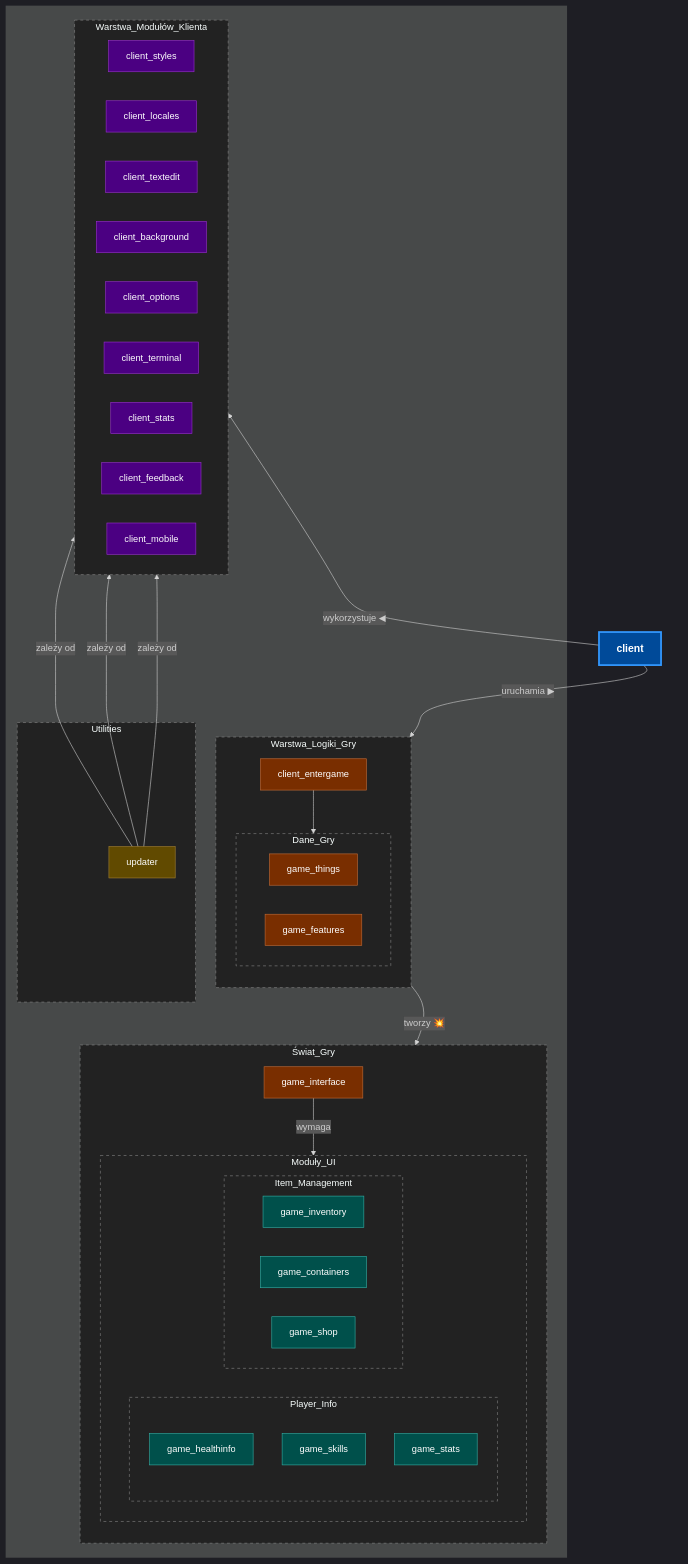
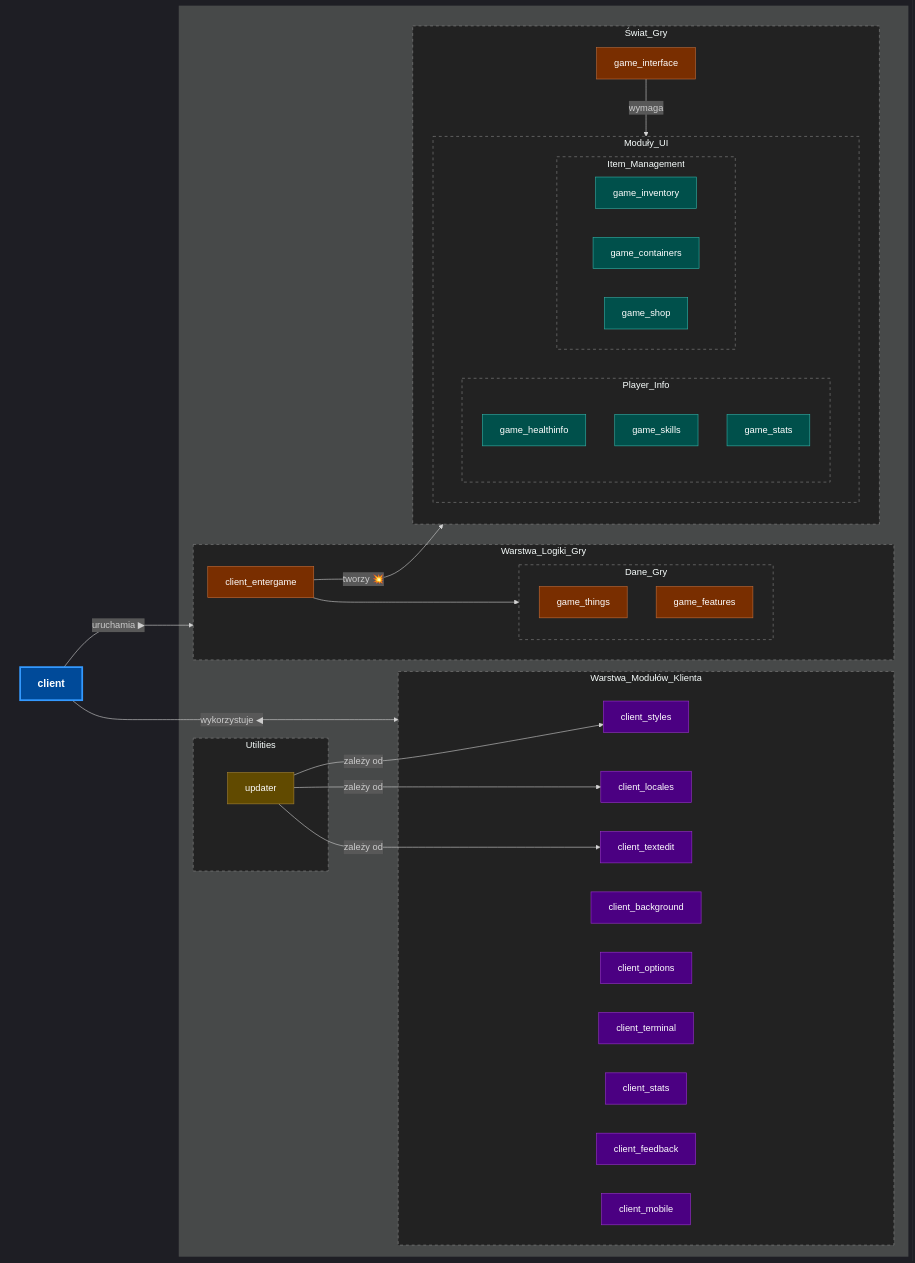
One commit to lukaszj321/otcv8-dev changed the diagram in docs/copilot/diagrams/modules_load_graph.mmd. Above: the diagram before and after it, drawn with Mermaid.

Commit message:
Change graph direction from TD to LR

```diff
--- a/docs/copilot/diagrams/modules_load_graph.mmd
+++ b/docs/copilot/diagrams/modules_load_graph.mmd
@@ -1,88 +1,87 @@
 %%{init: {"theme":"dark"}}%%
-graph TD
+graph LR
     %% ===================================================================
     %% DEFINICJE STYLÓW - HIERARCHIA WIZUALNA
     %% ===================================================================
     classDef sun fill:#004a99,color:#fff,stroke:#3399ff,stroke-width:3px,font-weight:bold,font-size:18px;
     classDef planet fill:#222,stroke:#888,stroke-dasharray: 5 5;
     classDef client_module fill:#4B0082,color:#fff,stroke:#9932CC;
     classDef game_logic fill:#792e00,color:#fff,stroke:#c26d39;
     classDef game_ui fill:#00504b,color:#fff,stroke:#33b3a9;
     classDef utility fill:#614a00,color:#fff,stroke:#a68333;
     classDef invisible stroke-width:0px,color:#1a1a1a;
 
     %% ===================================================================
     %% SŁOŃCE - CENTRALNY PUNKT ARCHITEKTURY
     %% ===================================================================
     subgraph central_node [ ]
       client;
     end
     style central_node fill:none,stroke:none
 
     %% ===================================================================
     %% PLANETY - GŁÓWNE STREFY ODPOWIEDZIALNOŚCI
     %% ===================================================================
     
     subgraph Warstwa_Modułów_Klienta
-        direction LR
+        %% BRAK 'direction'. Układ poziomy jest domyślny dla 'graph LR'
         client_styles & client_locales & client_textedit & client_background & client_options & client_terminal & client_stats & client_feedback & client_mobile;
     end
 
     subgraph Utilities
         updater;
     end
     
     subgraph Warstwa_Logiki_Gry
-        direction TD
+        %% BRAK 'direction'. Układ pionowy jest wymuszony przez jawne połączenie.
         client_entergame;
         subgraph Dane_Gry
             game_things & game_features;
         end
         client_entergame --> Dane_Gry;
     end
 
     subgraph Świat_Gry
-        direction TD
+        %% BRAK 'direction'. Układ pionowy jest wymuszony przez jawne połączenie.
         game_interface;
         subgraph Moduły_UI
-            direction LR
+            %% Zagnieżdżone grupy dla czytelności.
             subgraph Player_Info
                 game_healthinfo & game_skills & game_stats_ui[game_stats];
             end
 
             subgraph Item_Management
                 game_inventory & game_containers & game_shop;
             end
         end
         game_interface -- "wymaga" --> Moduły_UI;
     end
 
     %% ===================================================================
     %% POŁĄCZENIA - PRZEPŁYW MOCY
     %% ===================================================================
     client -- "wykorzystuje ◀" --> Warstwa_Modułów_Klienta;
     client -- "uruchamia ▶" --> Warstwa_Logiki_Gry;
     client_entergame -- "tworzy 💥" --> Świat_Gry;
     updater -- "zależy od" --> client_locales & client_styles & client_textedit;
     
     %% ===================================================================
     %% KONTROLA UKŁADU - ROZMIESZCZENIE PLANET
-    %% Ta niewidzialna struktura tworzy siatkę i pozycjonuje elementy.
     %% ===================================================================
     subgraph невидимка [ ]
       Warstwa_Modułów_Klienta ~~~ client ~~~ Utilities
       client ~~~ Warstwa_Logiki_Gry
       Warstwa_Logiki_Gry ~~~ Świat_Gry
     end
     class невидимка invisible;
 
     %% ===================================================================
     %% PRZYPISANIE STYLÓW
     %% ===================================================================
     class client sun;
     class Warstwa_Modułów_Klienta,Warstwa_Logiki_Gry,Utilities,Świat_Gry,Dane_Gry,Moduły_UI,Player_Info,Item_Management planet;
     class client_styles,client_locales,client_textedit,client_background,client_options,client_terminal,client_stats,client_feedback,client_mobile client_module;
     class client_entergame,game_things,game_features game_logic;
     class game_interface game_logic;
     class game_healthinfo,game_skills,game_stats_ui,game_inventory,game_containers,game_shop game_ui;
     class updater utility;
```
